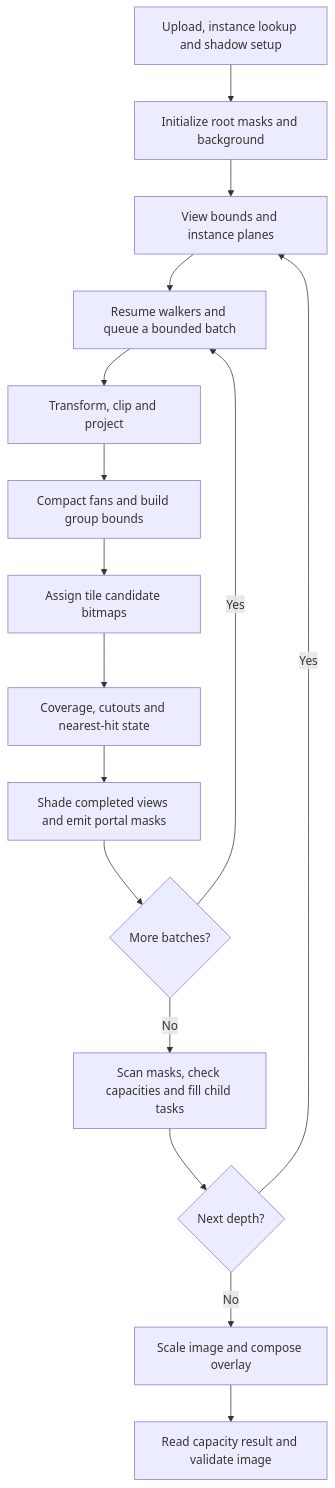
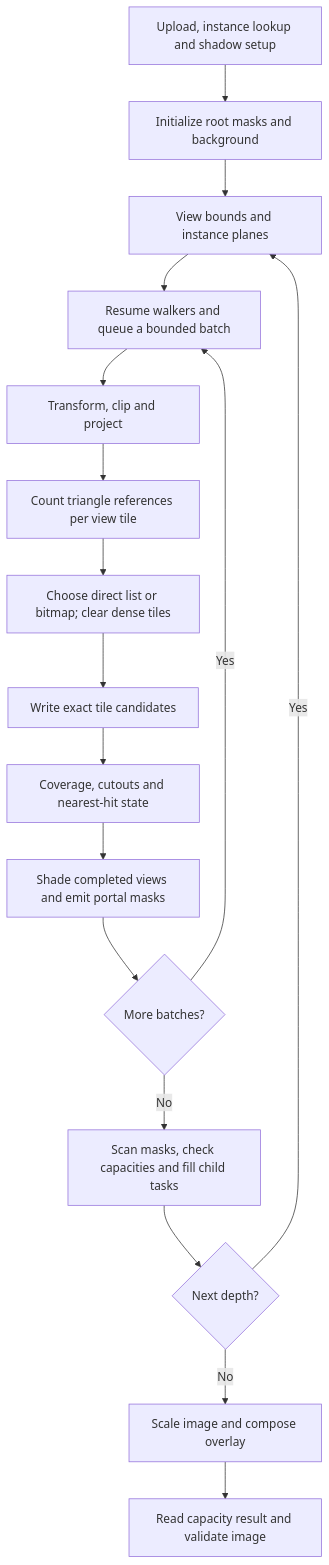
The third of 8 diagrams in docs/render/rendering.md (Hardcode84/10), drawn with Mermaid before and after one commit. The commit also changed other lines of this file and 82 other files, not shown here.

````diff
--- a/docs/render/rendering.md
+++ b/docs/render/rendering.md
@@ -177,18 +174,19 @@
 ```mermaid
 flowchart TD
     setup["Upload, instance lookup and shadow setup"] --> init["Initialize root masks and background"]
     init --> visibility["View bounds and instance planes"]
     visibility --> plan["Resume walkers and queue a bounded batch"]
     plan --> project["Transform, clip and project"]
-    project --> compact["Compact fans and build group bounds"]
-    compact --> bin["Assign tile candidate bitmaps"]
+    project --> count["Count triangle references per view tile"]
+    count --> clear["Choose direct list or bitmap; clear dense tiles"]
+    clear --> bin["Write exact tile candidates"]
     bin --> raster["Coverage, cutouts and nearest-hit state"]
     raster --> shade["Shade completed views and emit portal masks"]
     shade --> batch{"More batches?"}
     batch -- Yes --> plan
     batch -- No --> children["Scan masks, check capacities and fill child tasks"]
     children --> depth{"Next depth?"}
     depth -- Yes --> visibility
     depth -- No --> compose["Scale image and compose overlay"]
     compose --> check["Read capacity result and validate image"]
 ```
````
